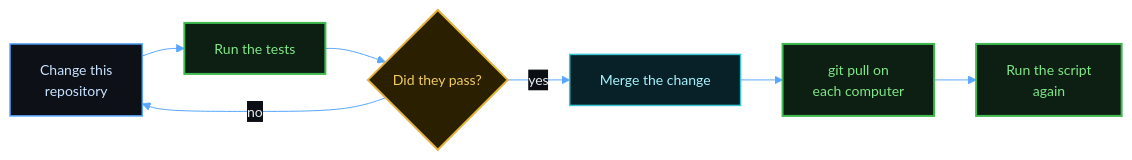
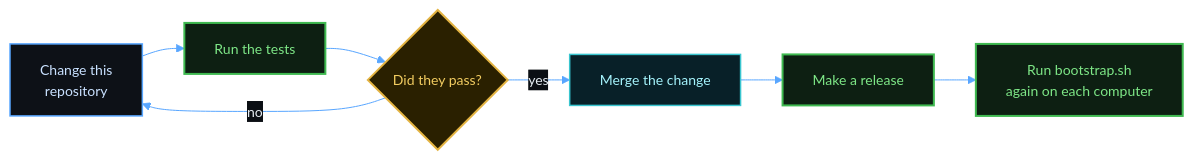
The diagram in docs/updating.md (MussaCharles/herdspace), drawn with Mermaid before and after one commit. The commit also changed other lines of this file and 7 other files, not shown here.

````diff
--- a/docs/updating.md
+++ b/docs/updating.md
@@ -5,23 +5,23 @@
 ```mermaid
 %%{init: {'theme': 'base', 'themeVariables': {
   'fontFamily': 'Menlo, Consolas, Courier New, monospace', 'fontSize': '14px',
   'primaryColor': '#0d1117', 'primaryTextColor': '#e6edf3', 'primaryBorderColor': '#3fb950',
   'textColor': '#e6edf3', 'lineColor': '#58a6ff', 'secondaryColor': '#161b22', 'tertiaryColor': '#0d1117',
   'edgeLabelBackground': '#0b0f14', 'clusterBkg': '#0b0f14', 'clusterBorder': '#30363d', 'titleColor': '#d2a8ff',
   'actorBkg': '#0d1f12', 'actorBorder': '#3fb950', 'actorTextColor': '#7ee787', 'actorLineColor': '#30363d',
   'signalColor': '#58a6ff', 'signalTextColor': '#e6edf3', 'sequenceNumberColor': '#0b0f14'
 }, 'flowchart': {'curve': 'basis', 'nodeSpacing': 34, 'rankSpacing': 42, 'wrappingWidth': 340}}}%%
 flowchart LR
   classDef cmd fill:#0d1f12,stroke:#3fb950,stroke-width:2px,color:#7ee787
   classDef step fill:#0d1117,stroke:#58a6ff,stroke-width:1.5px,color:#c9e1ff
   classDef ask fill:#2a2000,stroke:#e3b341,stroke-width:2px,color:#f2cc60
   classDef host fill:#1a0f24,stroke:#bc8cff,stroke-width:2px,color:#d2a8ff
   classDef data fill:#082028,stroke:#39c5cf,stroke-width:1.5px,color:#a5f3fc
   classDef stop fill:#2a0f12,stroke:#ff7b72,stroke-width:2px,color:#ffa198
   a["Change this<br/>repository"]:::step --> b["Run the tests"]:::cmd
   b --> c{"Did they pass?"}:::ask
   c -- " no " --> a
   c -- " yes " --> d["Merge the change"]:::data
-  d --> e["git pull on<br/>each computer"]:::cmd
-  e --> f["Run the script<br/>again"]:::cmd
+  d --> e["Make a release"]:::cmd
+  e --> f["Run bootstrap.sh<br/>again on each computer"]:::cmd
 ```
````
